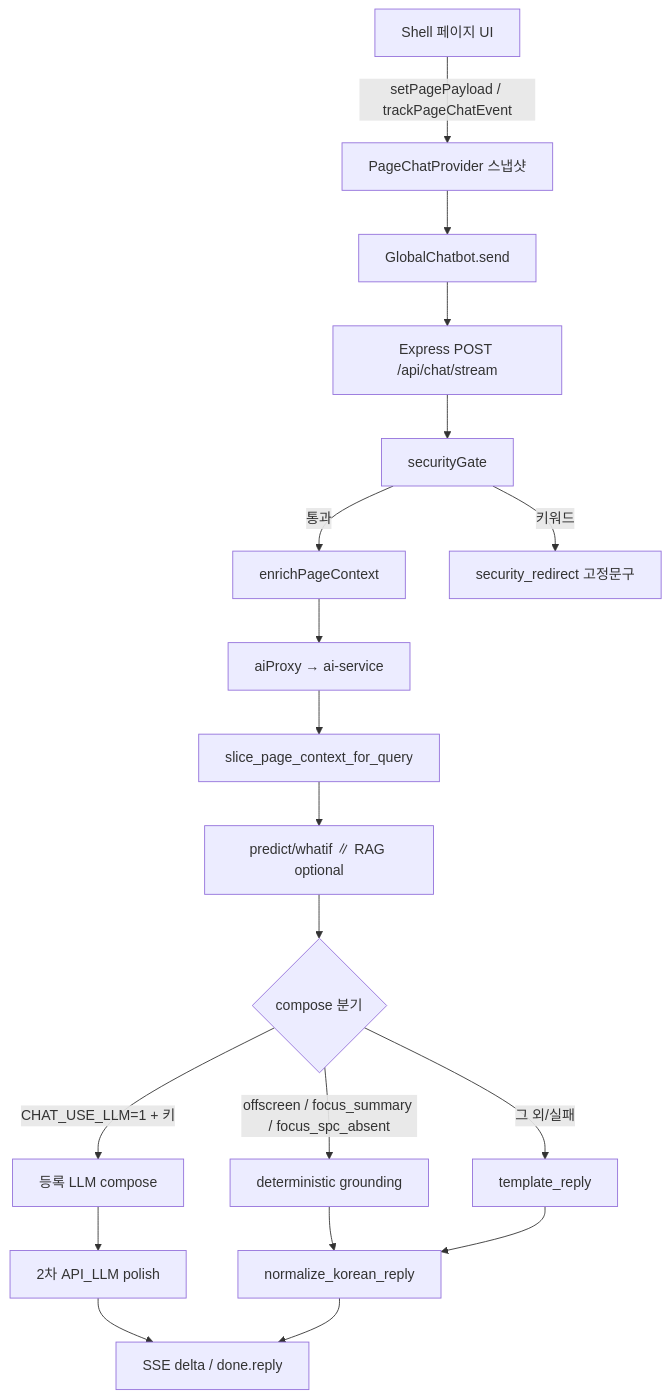
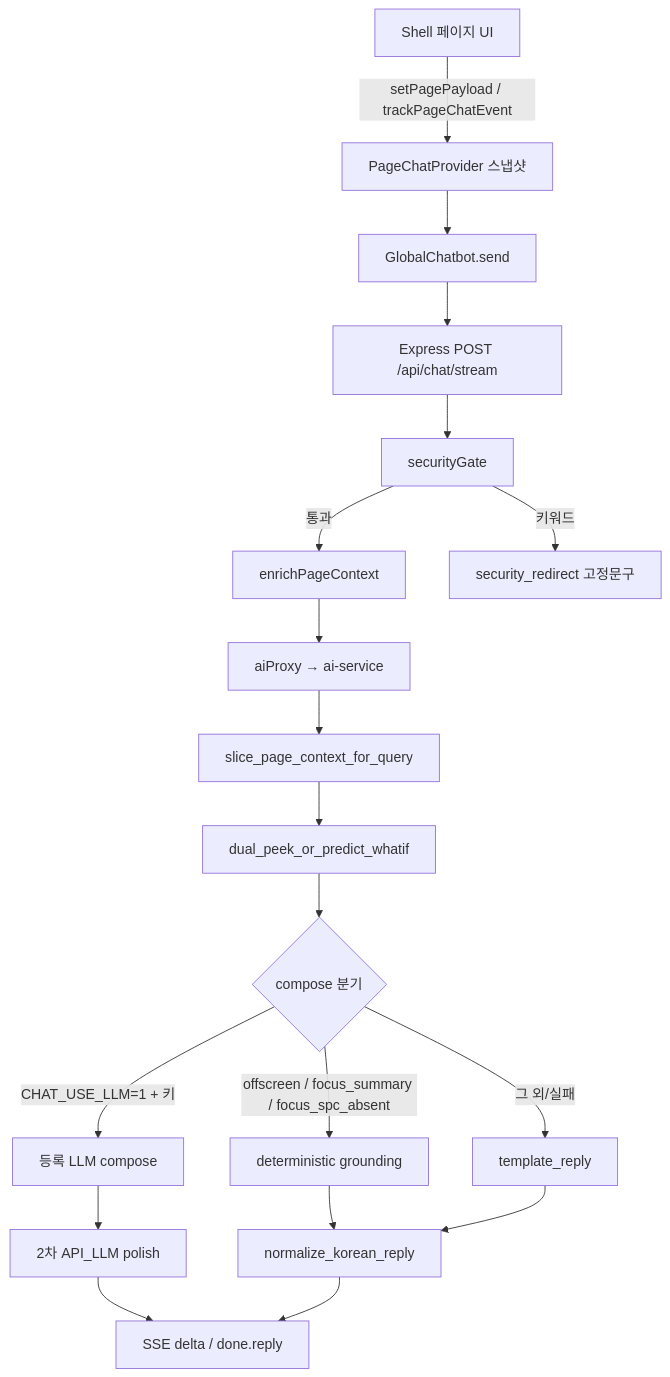
One commit to DohyupK/KDT-Project changed the diagram in docs/references/general-chatbot-page-context.md. Above: the diagram before and after it, drawn with Mermaid. The commit also changed other lines of this file and 14 other files, not shown here.

````diff
--- a/docs/references/general-chatbot-page-context.md
+++ b/docs/references/general-chatbot-page-context.md
@@ -14,38 +14,38 @@
 ```mermaid
 flowchart TB
   page[Shell 페이지 UI]
   ctx[PageChatProvider 스냅샷]
   fe[GlobalChatbot.send]
   be[Express POST /api/chat/stream]
   gate[securityGate]
   enrich[enrichPageContext]
   proxy[aiProxy → ai-service]
   slice[slice_page_context_for_query]
-  work[predict/whatif ∥ RAG optional]
+  work[dual_peek_or_predict_whatif]
   compose{compose 분기}
   det[deterministic grounding]
   llm[등록 LLM compose]
   polish[2차 API_LLM polish]
   tmpl[template_reply]
   norm[normalize_korean_reply]
   sse[SSE delta / done.reply]
 
   page -->|setPagePayload / trackPageChatEvent| ctx
   ctx --> fe
   fe --> be
   be --> gate
   gate -->|키워드| redirect[security_redirect 고정문구]
   gate -->|통과| enrich
   enrich --> proxy
   proxy --> slice
   slice --> work
   work --> compose
   compose -->|offscreen / focus_summary / focus_spc_absent| det
   compose -->|CHAT_USE_LLM=1 + 키| llm
   compose -->|그 외/실패| tmpl
   det --> norm
   llm --> polish
   polish --> sse
   tmpl --> norm
   norm --> sse
 ```
````
